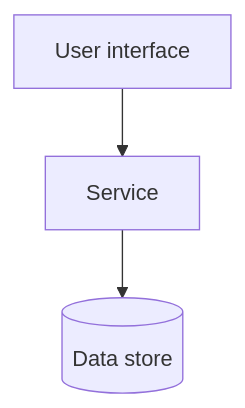
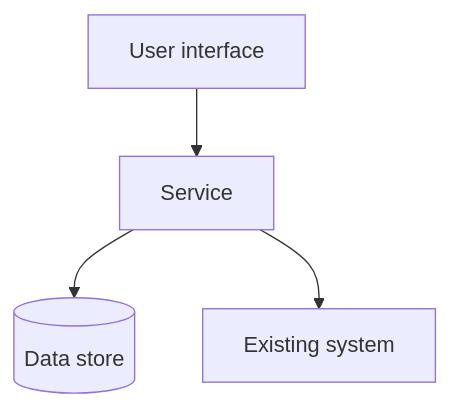
One commit to mgasca/calendar changed the diagram in .claude/skills/architecture-narrative-builder/references/templates/containers.mmd. Above: the diagram before and after it, drawn with Mermaid. The commit also changed 1 other file, not shown here.

```diff
--- a/.claude/skills/architecture-narrative-builder/references/templates/containers.mmd
+++ b/.claude/skills/architecture-narrative-builder/references/templates/containers.mmd
@@ -1,3 +1,4 @@
 flowchart TB
   ui["User interface"] --> api["Service"]
   api --> db[("Data store")]
+  api --> other["Existing system"]
```
